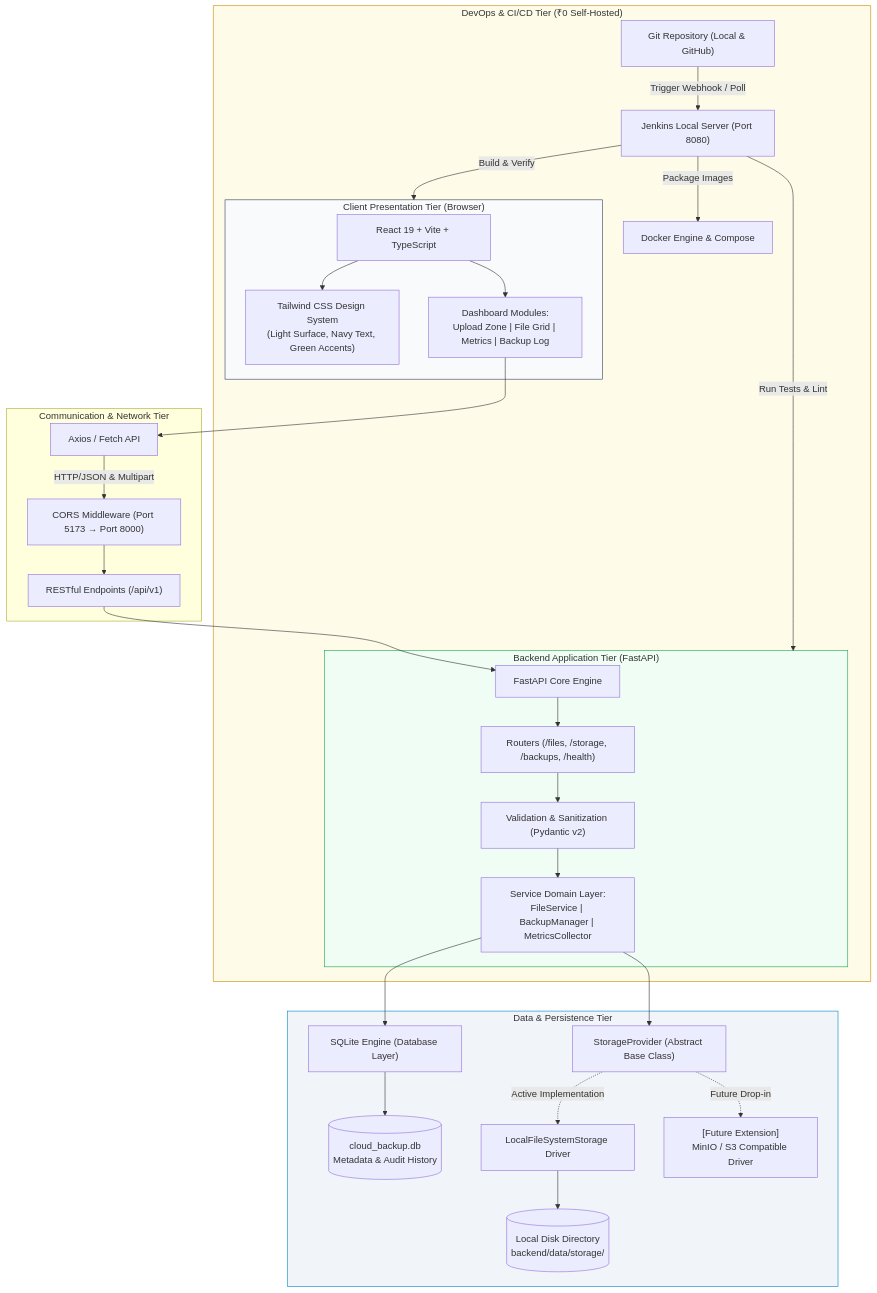
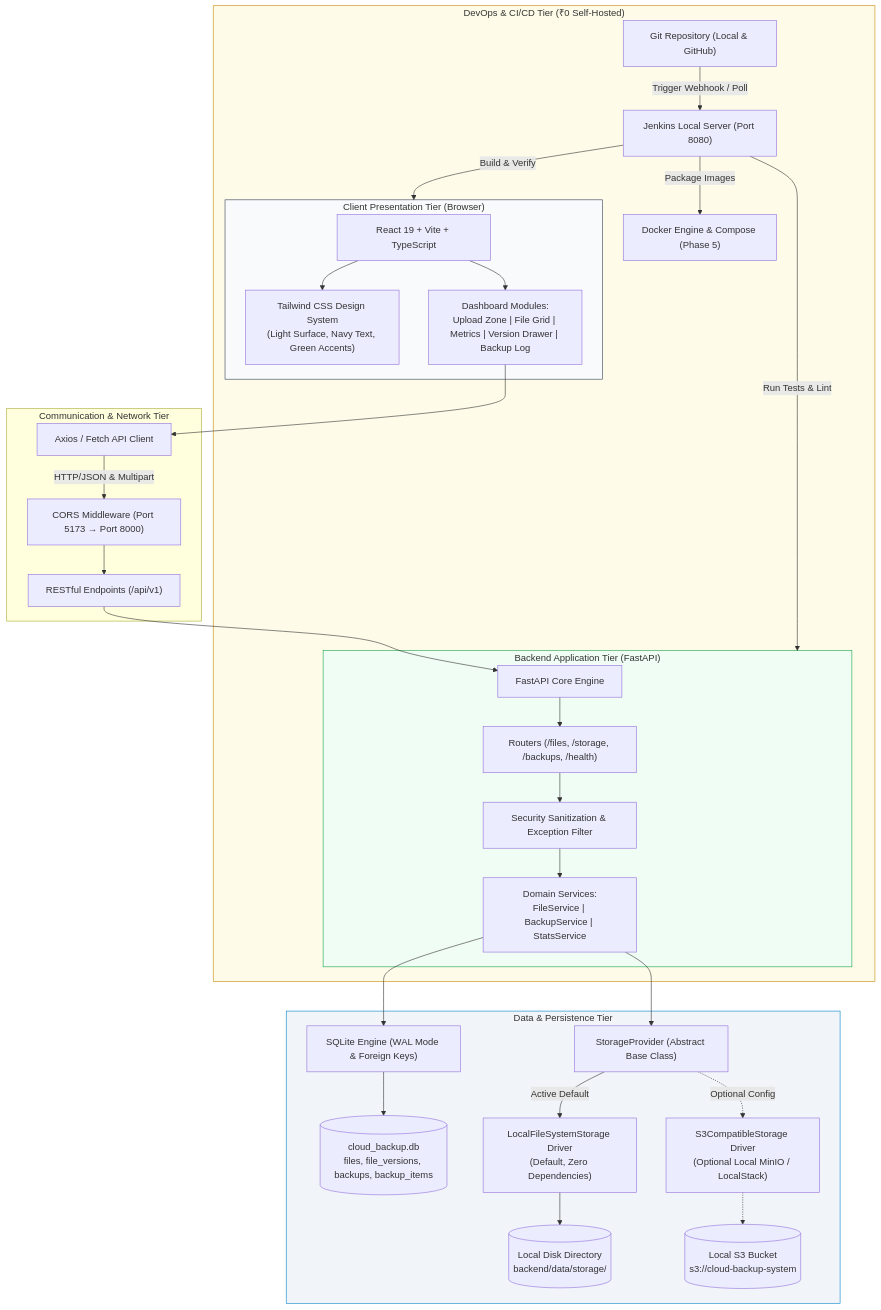
One commit to LakshayYadav167/Cloud-backup-system changed the first of 2 diagrams in docs/architecture.md. Above: the diagram before and after it, drawn with Mermaid. The commit also changed other lines of this file and 31 other files, not shown here.

Commit message:
feat(phase-2): implement versioned backend storage engine, SQLite persistence, and REST APIs

````diff
--- a/docs/architecture.md
+++ b/docs/architecture.md
@@ -35,66 +48,68 @@
 ```mermaid
 graph TB
     subgraph Client_Tier["Client Presentation Tier (Browser)"]
         UI["React 19 + Vite + TypeScript"]
         Tailwind["Tailwind CSS Design System<br/>(Light Surface, Navy Text, Green Accents)"]
-        Dashboard["Dashboard Modules:<br/>Upload Zone | File Grid | Metrics | Backup Log"]
+        Dashboard["Dashboard Modules:<br/>Upload Zone | File Grid | Metrics | Version Drawer | Backup Log"]
         UI --> Tailwind
         UI --> Dashboard
     end
 
     subgraph API_Gateway["Communication & Network Tier"]
-        HTTP_Client["Axios / Fetch API"]
+        HTTP_Client["Axios / Fetch API Client"]
         CORS["CORS Middleware (Port 5173 &rarr; Port 8000)"]
         REST["RESTful Endpoints (/api/v1)"]
         Dashboard --> HTTP_Client
         HTTP_Client -->|HTTP/JSON & Multipart| CORS
         CORS --> REST
     end
 
     subgraph Backend_Tier["Backend Application Tier (FastAPI)"]
         App["FastAPI Core Engine"]
         Routers["Routers (/files, /storage, /backups, /health)"]
-        Services["Service Domain Layer:<br/>FileService | BackupManager | MetricsCollector"]
-        Security["Validation & Sanitization (Pydantic v2)"]
+        Services["Domain Services:<br/>FileService | BackupService | StatsService"]
+        Security["Security Sanitization & Exception Filter"]
         
         REST --> App
         App --> Routers
         Routers --> Security
         Security --> Services
     end
 
     subgraph Storage_Tier["Data & Persistence Tier"]
-        DB_Interface["SQLite Engine (Database Layer)"]
-        SQLite_File[("cloud_backup.db<br/>Metadata & Audit History")]
+        DB_Interface["SQLite Engine (WAL Mode & Foreign Keys)"]
+        SQLite_File[("cloud_backup.db<br/>files, file_versions, backups, backup_items")]
         
         Storage_ABC["StorageProvider (Abstract Base Class)"]
-        Local_Driver["LocalFileSystemStorage Driver"]
-        Future_Driver["[Future Extension]<br/>MinIO / S3 Compatible Driver"]
+        Local_Driver["LocalFileSystemStorage Driver<br/>(Default, Zero Dependencies)"]
+        S3_Driver["S3CompatibleStorage Driver<br/>(Optional Local MinIO / LocalStack)"]
         
         FS_Storage[("Local Disk Directory<br/>backend/data/storage/")]
+        S3_Storage[("Local S3 Bucket<br/>s3://cloud-backup-system")]
         
         Services --> DB_Interface
         DB_Interface --> SQLite_File
         
         Services --> Storage_ABC
-        Storage_ABC -.->|Active Implementation| Local_Driver
-        Storage_ABC -.->|Future Drop-in| Future_Driver
+        Storage_ABC -->|Active Default| Local_Driver
+        Storage_ABC -.->|Optional Config| S3_Driver
         Local_Driver --> FS_Storage
+        S3_Driver -.-> S3_Storage
     end
 
     subgraph Automation_Tier["DevOps & CI/CD Tier (₹0 Self-Hosted)"]
         GitRepo["Git Repository (Local & GitHub)"]
         Jenkins["Jenkins Local Server (Port 8080)"]
-        Docker["Docker Engine & Compose"]
+        Docker["Docker Engine & Compose (Phase 5)"]
         
         GitRepo -->|Trigger Webhook / Poll| Jenkins
         Jenkins -->|Run Tests & Lint| Backend_Tier
         Jenkins -->|Build & Verify| Client_Tier
         Jenkins -->|Package Images| Docker
     end
 
     style Client_Tier fill:#f8fafc,stroke:#334155,stroke-width:1px
     style Backend_Tier fill:#f0fdf4,stroke:#16a34a,stroke-width:1px
     style Storage_Tier fill:#f1f5f9,stroke:#0284c7,stroke-width:1px
     style Automation_Tier fill:#fefce8,stroke:#ca8a04,stroke-width:1px
 ```
````
